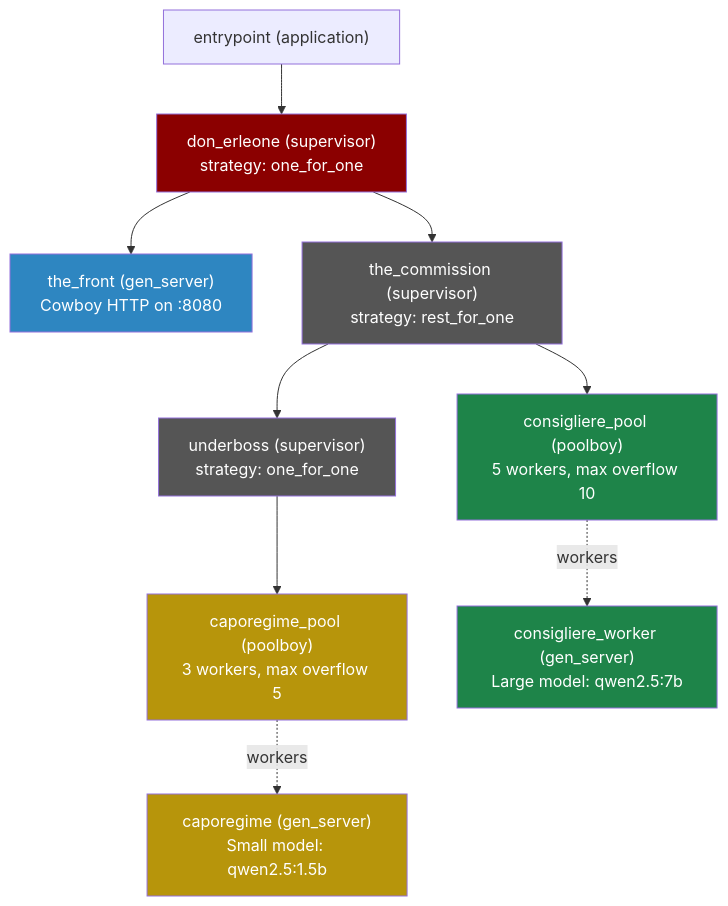
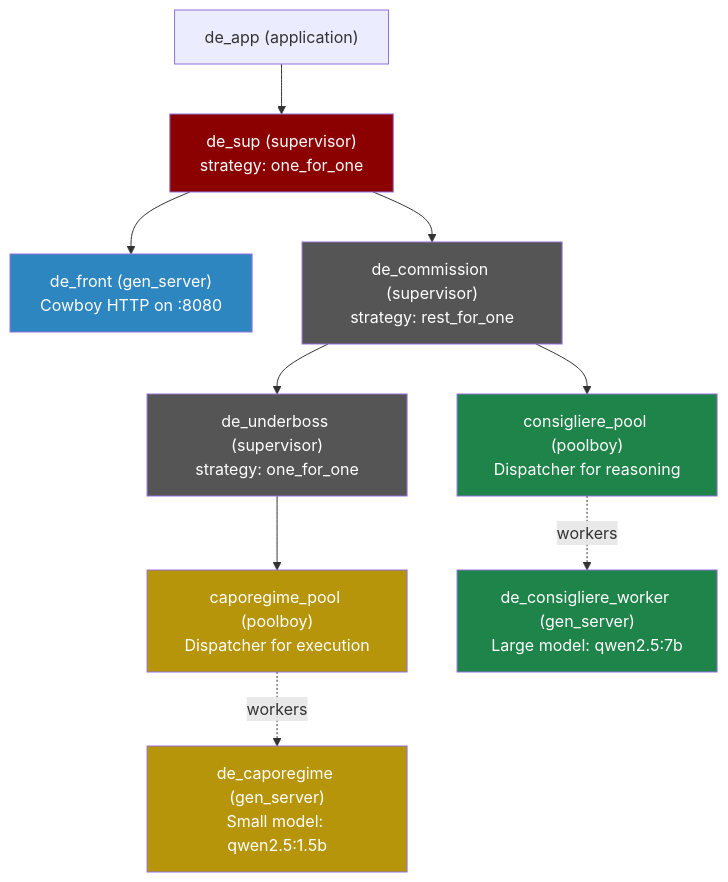
The first of 2 diagrams in apps/don-erleone/README.md (PudgyPigeon/coloss-ai), drawn with Mermaid before and after one commit. The commit also changed other lines of this file and 12 other files, not shown here.

````diff
--- a/apps/don-erleone/README.md
+++ b/apps/don-erleone/README.md
@@ -41,25 +22,25 @@
 ```mermaid
 graph TD
-    E["entrypoint (application)"] --> D
+    E["de_app (application)"] --> D
 
-    D["don_erleone (supervisor)<br/>strategy: one_for_one"]
-    D --> TF["the_front (gen_server)<br/>Cowboy HTTP on :8080"]
-    D --> G["the_commission (supervisor)<br/>strategy: rest_for_one"]
+    D["de_sup (supervisor)<br/>strategy: one_for_one"]
+    D --> TF["de_front (gen_server)<br/>Cowboy HTTP on :8080"]
+    D --> G["de_commission (supervisor)<br/>strategy: rest_for_one"]
 
-    G --> U["underboss (supervisor)<br/>strategy: one_for_one"]
-    G --> CP["consigliere_pool (poolboy)<br/>5 workers, max overflow 10"]
+    G --> U["de_underboss (supervisor)<br/>strategy: one_for_one"]
+    G --> CP["consigliere_pool (poolboy)<br/>Dispatcher for reasoning"]
 
-    U --> KP["caporegime_pool (poolboy)<br/>3 workers, max overflow 5"]
+    U --> KP["caporegime_pool (poolboy)<br/>Dispatcher for execution"]
 
-    CP -.->|workers| CW["consigliere_worker (gen_server)<br/>Large model: qwen2.5:7b"]
-    KP -.->|workers| CR["caporegime (gen_server)<br/>Small model: qwen2.5:1.5b"]
+    CP -.->|workers| CW["de_consigliere_worker (gen_server)<br/>Large model: qwen2.5:7b"]
+    KP -.->|workers| CR["de_caporegime (gen_server)<br/>Small model: qwen2.5:1.5b"]
 
     style D fill:#8B0000,color:#fff
     style G fill:#555,color:#fff
     style TF fill:#2E86C1,color:#fff
     style U fill:#555,color:#fff
     style CP fill:#1E8449,color:#fff
     style KP fill:#B7950B,color:#fff
     style CW fill:#1E8449,color:#fff
     style CR fill:#B7950B,color:#fff
 ```
````
